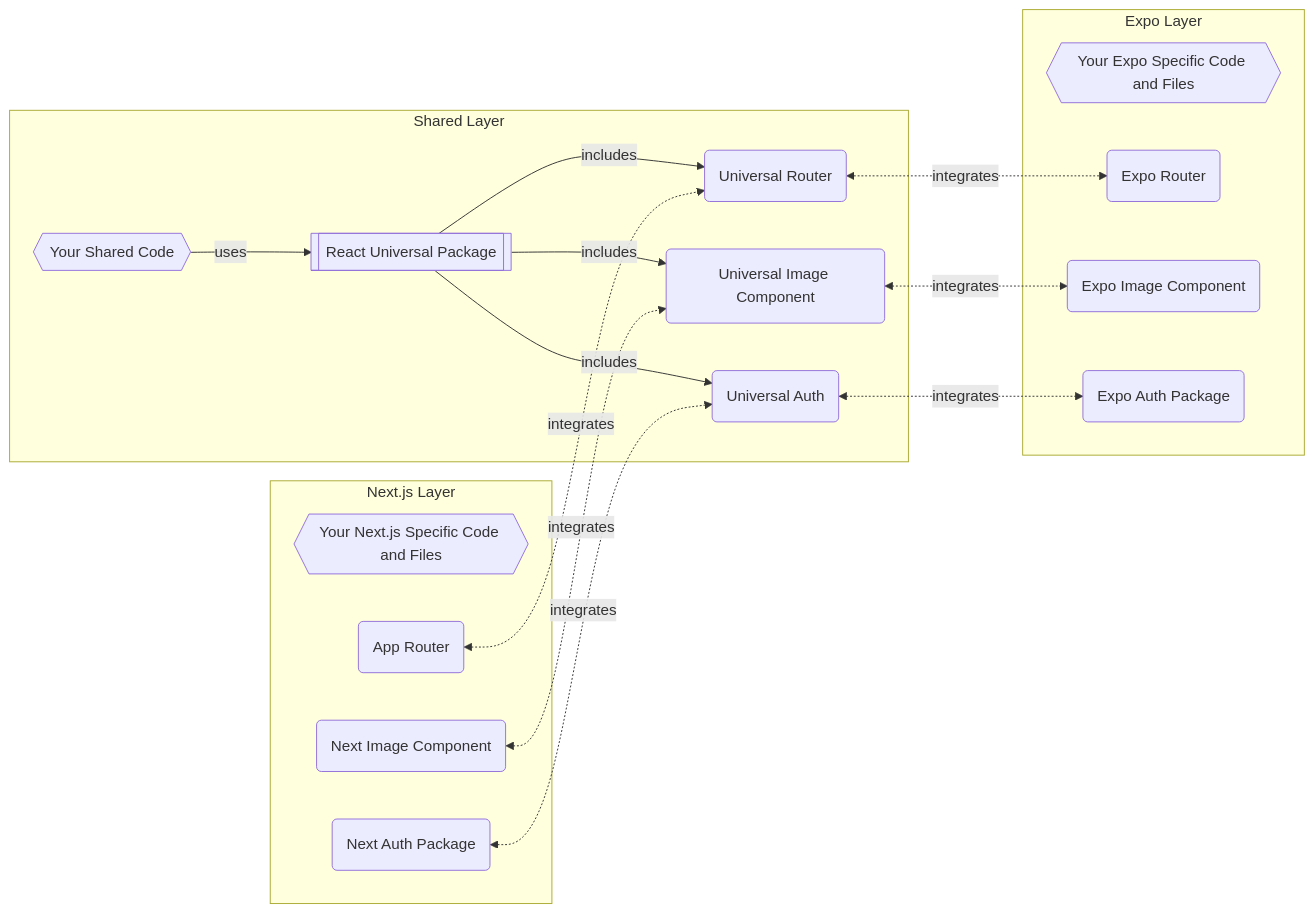
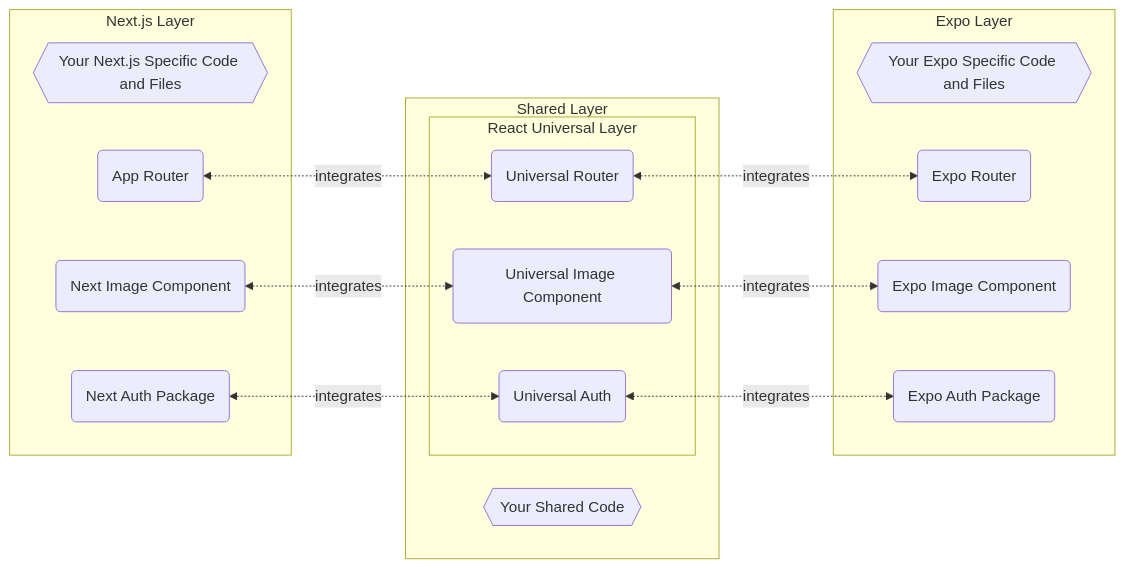
The diagram in README.md (gloredo/react-blend), drawn with Mermaid before and after one commit.

````diff
--- a/README.md
+++ b/README.md
@@ -43,44 +43,45 @@
 ```mermaid
 graph LR
 
 next-specific{{Your Next.js Specific Code and Files}}
 app-router(App Router)
 next-image(Next Image Component)
 next-auth(Next Auth Package)
 
 expo-specific{{Your Expo Specific Code and Files}}
 expo-router(Expo Router)
 expo-image(Expo Image Component)
 expo-auth(Expo Auth Package)
 
 shared-code{{Your Shared Code}}
-rul-pkg[[React Universal Package]]
 rul-router(Universal Router)    
 rul-image(Universal Image Component)    
 rul-auth(Universal Auth)
 
 subgraph Next.js Layer
-next-specific 
-app-router 
-next-image 
-next-auth 
+    next-specific 
+    app-router 
+    next-image 
+    next-auth 
 end
 
 subgraph Expo Layer
-expo-specific 
-expo-router 
-expo-image
-expo-auth
+    expo-specific 
+    expo-router 
+    expo-image
+    expo-auth
 end
 
 subgraph Shared Layer
-shared-code -- uses --> rul-pkg 
-rul-pkg -- includes --> rul-router 
-rul-pkg -- includes --> rul-image 
-rul-pkg -- includes --> rul-auth 
+    shared-code
+    subgraph React Universal Layer
+        rul-router 
+        rul-image 
+        rul-auth
+    end 
 end
 
 app-router <-. integrates .-> rul-router <-. integrates .-> expo-router
 next-image <-. integrates .-> rul-image <-. integrates .-> expo-image
 next-auth <-. integrates .-> rul-auth <-. integrates .-> expo-auth
 ```
````
